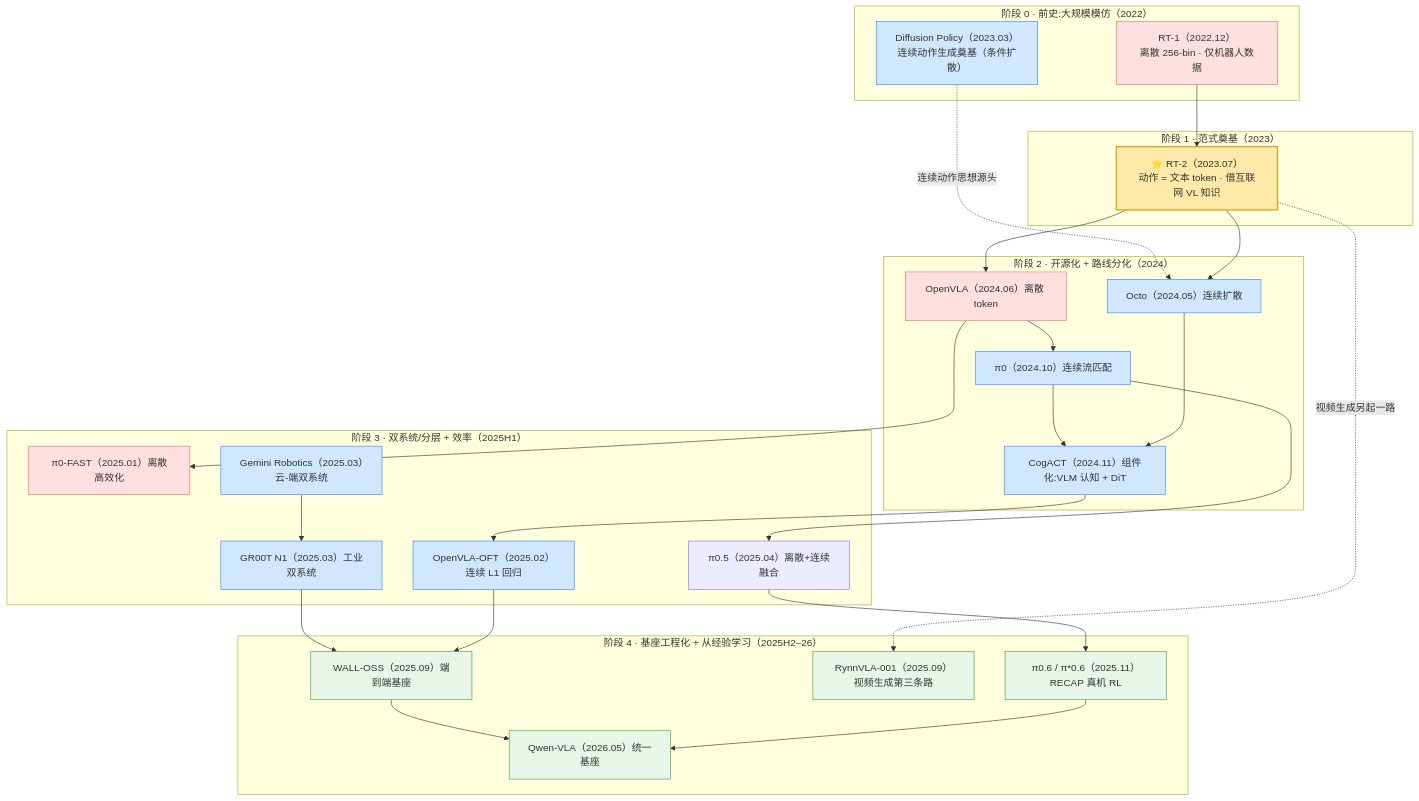
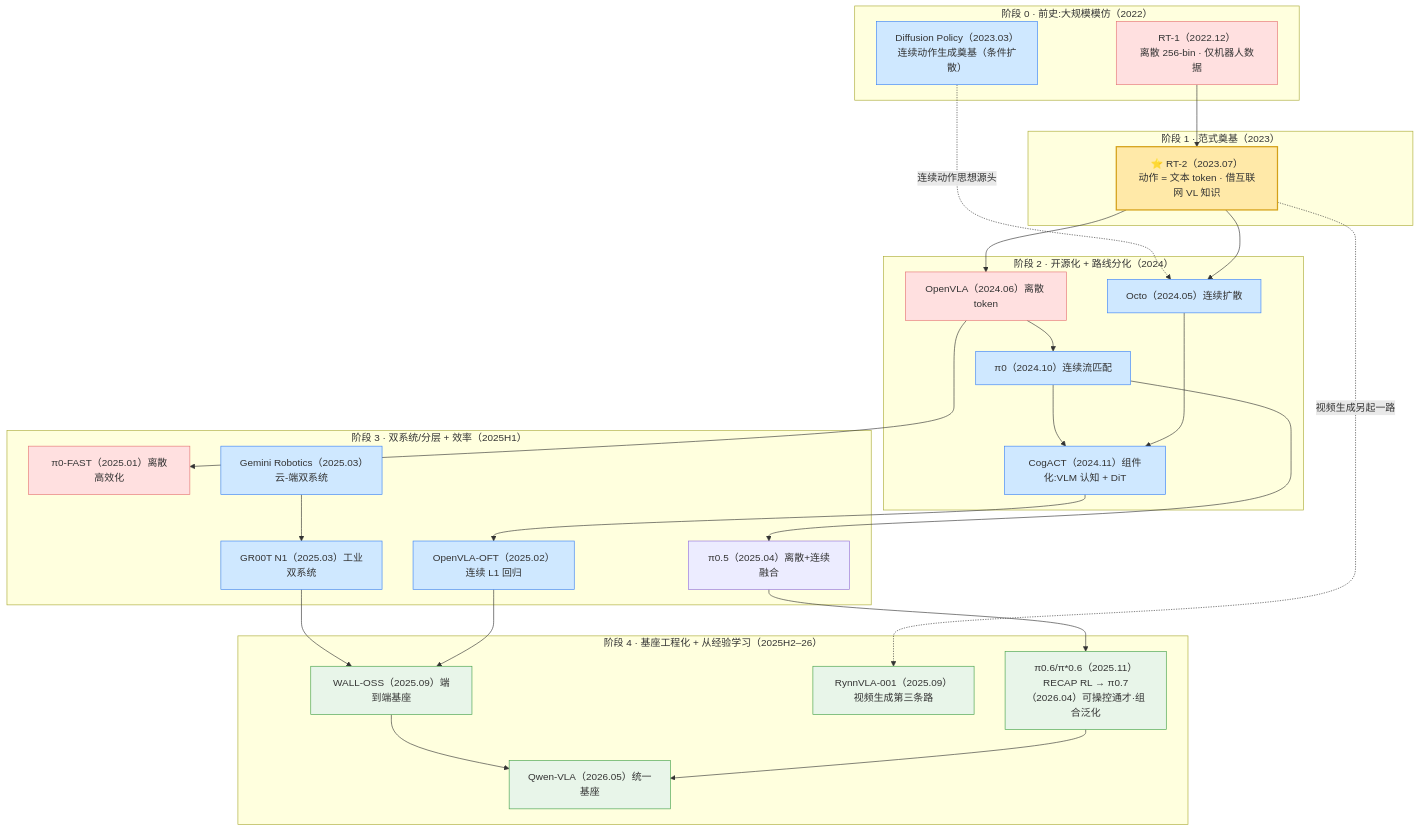
One commit to ZhuYun97/embodied-ai-learning changed the diagram in docs/vla/papers/timeline.md. Above: the diagram before and after it, drawn with Mermaid. The commit also changed other lines of this file and 5 other files, not shown here.

Commit message:
新增 π0.7 细读(2026.04,可操控通才+组合泛化,经对抗核查)+ benchmarks 升级为评测深度版(12 章:仿真扩展/双臂人形/真机竞技场/具身推理VQA/导航/读表七条铁律,保留四大基准表);接线报告/时间线/主线图/首页

````diff
--- a/docs/vla/papers/timeline.md
+++ b/docs/vla/papers/timeline.md
@@ -17,55 +17,55 @@
 ```mermaid
 flowchart TD
     subgraph P0["阶段 0 · 前史:大规模模仿（2022）"]
         RT1["RT-1（2022.12）<br/>离散 256-bin · 仅机器人数据"]
         DP["Diffusion Policy（2023.03）<br/>连续动作生成奠基（条件扩散）"]
     end
     subgraph P1["阶段 1 · 范式奠基（2023）"]
         RT2["⭐ RT-2（2023.07）<br/>动作 = 文本 token · 借互联网 VL 知识"]
     end
     subgraph P2["阶段 2 · 开源化 + 路线分化（2024）"]
         OCTO["Octo（2024.05）连续扩散"]
         OVLA["OpenVLA（2024.06）离散 token"]
         PI0["π0（2024.10）连续流匹配"]
         COG["CogACT（2024.11）组件化:VLM 认知 + DiT"]
     end
     subgraph P3["阶段 3 · 双系统/分层 + 效率（2025H1）"]
         FAST["π0-FAST（2025.01）离散高效化"]
         OFT["OpenVLA-OFT（2025.02）连续 L1 回归"]
         GEM["Gemini Robotics（2025.03）云-端双系统"]
         GR00T["GR00T N1（2025.03）工业双系统"]
         PI05["π0.5（2025.04）离散+连续融合"]
     end
     subgraph P4["阶段 4 · 基座工程化 + 从经验学习（2025H2–26）"]
         WALL["WALL-OSS（2025.09）端到端基座"]
         RYNN["RynnVLA-001（2025.09）视频生成第三条路"]
-        PI06["π0.6 / π*0.6（2025.11）RECAP 真机 RL"]
+        PI06["π0.6/π*0.6（2025.11）RECAP RL → π0.7（2026.04）可操控通才·组合泛化"]
         QWEN["Qwen-VLA（2026.05）统一基座"]
     end
 
     RT1 --> RT2
     DP -.连续动作思想源头.-> OCTO
     RT2 --> OCTO & OVLA
     OVLA --> PI0
     PI0 --> COG
     OCTO --> COG
     COG --> OFT
     OVLA --> FAST
     PI0 --> PI05
     GR00T --> WALL
     GEM --> GR00T
     OFT --> WALL
     PI05 --> PI06
     RT2 -.视频生成另起一路.-> RYNN
     WALL --> QWEN
     PI06 --> QWEN
 
     classDef milestone fill:#ffe9a8,stroke:#d4a017,stroke-width:2px;
     classDef base fill:#e8f5e9,stroke:#43a047,stroke-width:1px;
     classDef disc fill:#ffe0e0,stroke:#e57373,stroke-width:1px;
     classDef cont fill:#cfe8ff,stroke:#3b82f6,stroke-width:1px;
     class RT2 milestone;
     class RT1,OVLA,FAST disc;
     class DP,OCTO,PI0,COG,OFT,GR00T,GEM cont;
     class WALL,RYNN,PI06,QWEN base;
 ```
````
